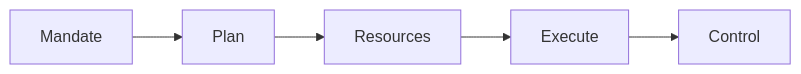
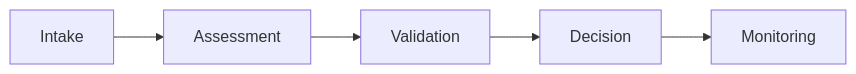
Before and after one commit to makr-code/ThemisDB: the diagram in assets/executive/default_executive_process.md, drawn with Mermaid. The commit also changed other lines of this file and 98 other files, not shown here.

````diff
--- a/assets/executive/default_executive_process.md
+++ b/assets/executive/default_executive_process.md
@@ -7,7 +7,7 @@
 ```mermaid
 flowchart LR
-  A[Mandate] --> B[Plan]
-  B --> C[Resources]
-  C --> D[Execute]
-  D --> E[Control]
+  A[Intake] --> B[Assessment]
+  B --> C[Validation]
+  C --> D[Decision]
+  D --> E[Monitoring]
 ```
````
